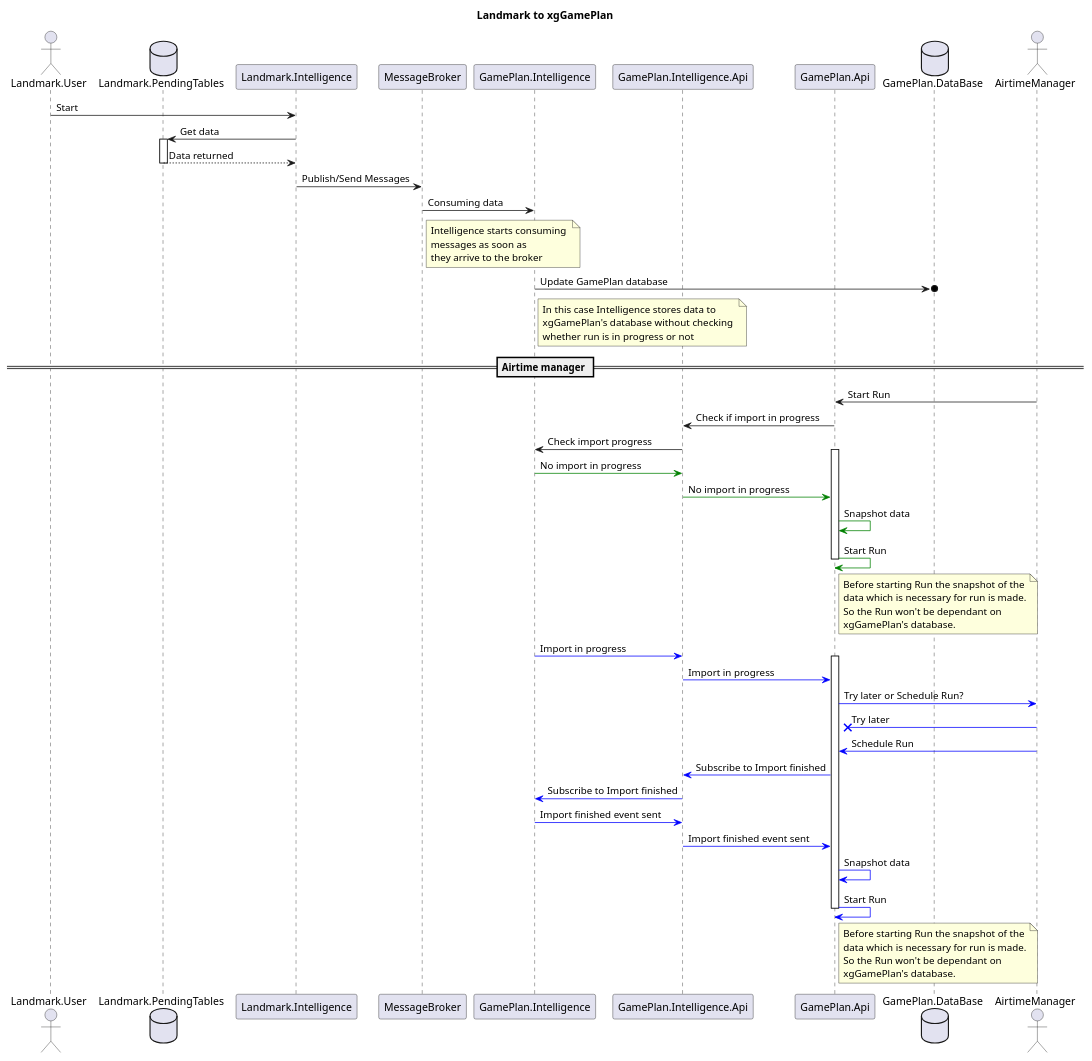
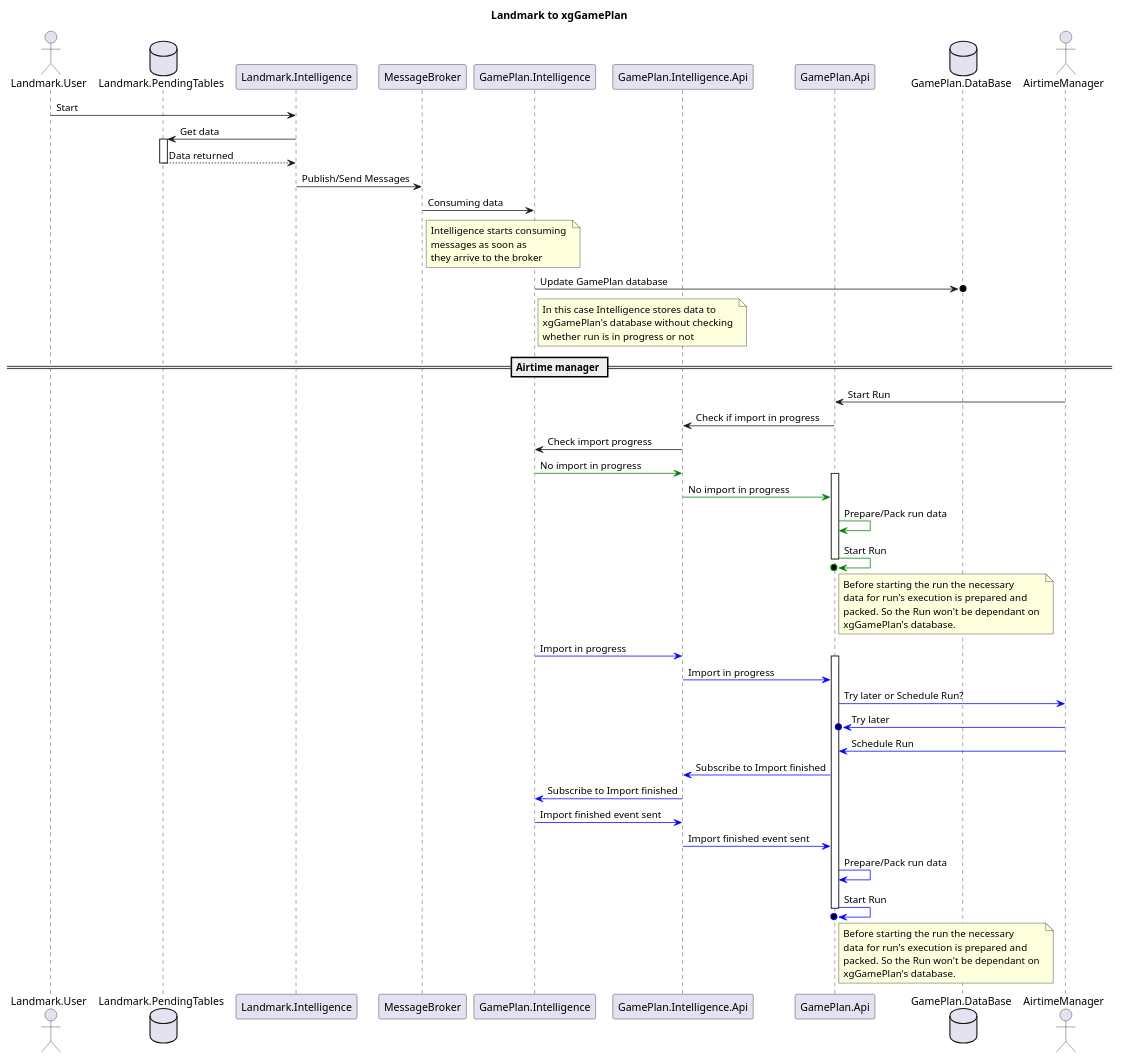
The diagram in LandmarkIntegration/SnapshotForRun.wsd (tatokhorava/diagrams), drawn with PlantUML before and after one commit. The commit also changed 3 other files, not shown here.

```diff
--- a/LandmarkIntegration/SnapshotForRun.wsd
+++ b/LandmarkIntegration/SnapshotForRun.wsd
@@ -1,74 +1,75 @@
 @startuml
 
 title Landmark to xgGamePlan
 actor Landmark.User
 database Landmark.PendingTables
 participant Landmark.Intelligence
 participant MessageBroker
 participant GamePlan.Intelligence
 participant GamePlan.Intelligence.Api
 participant GamePlan.Api
 database GamePlan.DataBase
 actor AirtimeManager
 
 Landmark.User -> Landmark.Intelligence: Start
 Landmark.Intelligence -> Landmark.PendingTables: Get data
 activate Landmark.PendingTables
 Landmark.PendingTables --> Landmark.Intelligence: Data returned
 deactivate Landmark.PendingTables
 Landmark.Intelligence -> MessageBroker: Publish/Send Messages
 GamePlan.Intelligence <- MessageBroker: Consuming data
 note right of MessageBroker
 Intelligence starts consuming 
 messages as soon as
 they arrive to the broker
 end note
 GamePlan.Intelligence ->o GamePlan.DataBase: Update GamePlan database
 
 note right of "GamePlan.Intelligence"
 In this case Intelligence stores data to
 xgGamePlan's database without checking 
 whether run is in progress or not
 end note
 
 == Airtime manager ==
 
 AirtimeManager -> GamePlan.Api: Start Run
 GamePlan.Api -> GamePlan.Intelligence.Api: Check if import in progress
 GamePlan.Intelligence.Api -> GamePlan.Intelligence: Check import progress
+
+GamePlan.Intelligence -[#Green]> GamePlan.Intelligence.Api: No import in progress
 activate GamePlan.Api
-GamePlan.Intelligence -[#Green]> GamePlan.Intelligence.Api: No import in progress
 GamePlan.Intelligence.Api -[#Green]> GamePlan.Api: No import in progress
-GamePlan.Api -[#Green]> GamePlan.Api: Snapshot data
-GamePlan.Api -[#Green]> GamePlan.Api: Start Run
+GamePlan.Api -[#Green]> GamePlan.Api: Prepare/Pack run data
+GamePlan.Api -[#Green]>o GamePlan.Api: Start Run
 note right of "GamePlan.Api"
-Before starting Run the snapshot of the
-data which is necessary for run is made.
-So the Run won't be dependant on 
+Before starting the run the necessary
+data for run's execution is prepared and 
+packed. So the Run won't be dependant on 
 xgGamePlan's database.
 end note
 deactivate GamePlan.Api
 
 GamePlan.Intelligence -[#Blue]> GamePlan.Intelligence.Api: Import in progress
 
 activate GamePlan.Api
 GamePlan.Intelligence.Api -[#Blue]> GamePlan.Api: Import in progress
 GamePlan.Api -[#Blue]> AirtimeManager: Try later or Schedule Run?
-AirtimeManager -[#Blue]>x GamePlan.Api: Try later
+AirtimeManager -[#Blue]>o GamePlan.Api: Try later
 AirtimeManager -[#Blue]> GamePlan.Api: Schedule Run
 GamePlan.Api -[#Blue]> GamePlan.Intelligence.Api: Subscribe to Import finished
 GamePlan.Intelligence.Api -[#Blue]> GamePlan.Intelligence: Subscribe to Import finished
 GamePlan.Intelligence -[#Blue]> GamePlan.Intelligence.Api: Import finished event sent
 
 GamePlan.Intelligence.Api -[#Blue]> GamePlan.Api: Import finished event sent
-GamePlan.Api -[#Blue]> GamePlan.Api: Snapshot data
-GamePlan.Api -[#Blue]> GamePlan.Api: Start Run
+GamePlan.Api -[#Blue]> GamePlan.Api: Prepare/Pack run data
+GamePlan.Api -[#Blue]>o GamePlan.Api: Start Run
 note right of "GamePlan.Api"
-Before starting Run the snapshot of the
-data which is necessary for run is made.
-So the Run won't be dependant on 
+Before starting the run the necessary
+data for run's execution is prepared and 
+packed. So the Run won't be dependant on 
 xgGamePlan's database.
 end note
 deactivate GamePlan.Api
 
 @enduml
```
